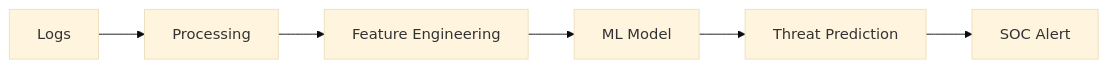
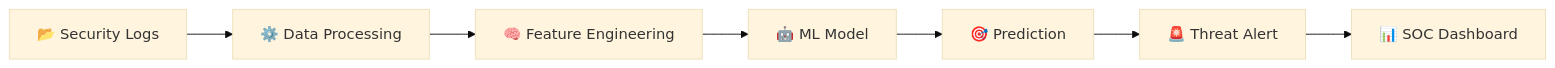
One commit to devotedhruv/ai-cyber-intel changed the second of 3 diagrams in README.md. Above: the diagram before and after it, drawn with Mermaid (base theme). The commit also changed other lines of this file, not shown here.

````diff
--- a/README.md
+++ b/README.md
@@ -40,8 +46,9 @@
 ```mermaid
 flowchart LR
-    A[Logs] --> B[Processing]
-    B --> C[Feature Engineering]
-    C --> D[ML Model]
-    D --> E[Threat Prediction]
-    E --> F[SOC Alert]
+    A[📂 Security Logs] --> B[⚙️ Data Processing]
+    B --> C[🧠 Feature Engineering]
+    C --> D[🤖 ML Model]
+    D --> E[🎯 Prediction]
+    E --> F[🚨 Threat Alert]
+    F --> G[📊 SOC Dashboard]
 ```
````
